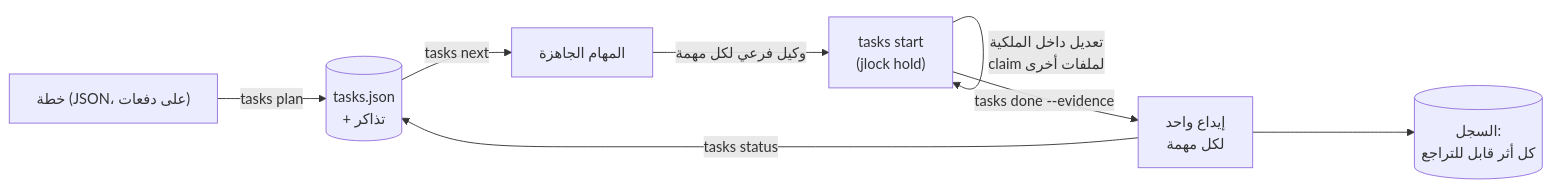
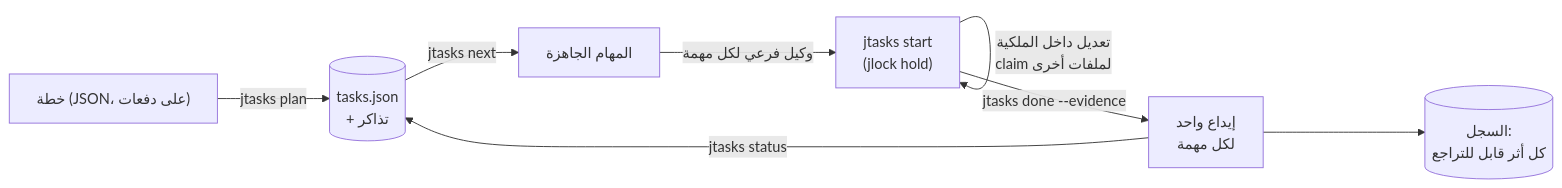
Before and after one commit to rodrigojager/jtasks: the diagram in README.ar.md, drawn with Mermaid. The commit also changed other lines of this file and 98 other files, not shown here.

````diff
--- a/README.ar.md
+++ b/README.ar.md
@@ -40,10 +40,10 @@
 ```mermaid
 flowchart LR
-  plan["خطة (JSON، على دفعات)"] -->|tasks plan| list[("tasks.json\n+ تذاكر")]
-  list -->|tasks next| ready["المهام الجاهزة"]
-  ready -->|وكيل فرعي لكل مهمة| work["tasks start\n(jlock hold)"]
+  plan["خطة (JSON، على دفعات)"] -->|jtasks plan| list[("tasks.json\n+ تذاكر")]
+  list -->|jtasks next| ready["المهام الجاهزة"]
+  ready -->|وكيل فرعي لكل مهمة| work["jtasks start\n(jlock hold)"]
   work -->|تعديل داخل الملكية\nclaim لملفات أخرى| work
-  work -->|tasks done --evidence| commit["إيداع واحد\nلكل مهمة"]
+  work -->|jtasks done --evidence| commit["إيداع واحد\nلكل مهمة"]
   commit --> ledger[("السجل:\nكل أثر قابل للتراجع")]
-  commit -->|tasks status| list
+  commit -->|jtasks status| list
 ```
````
